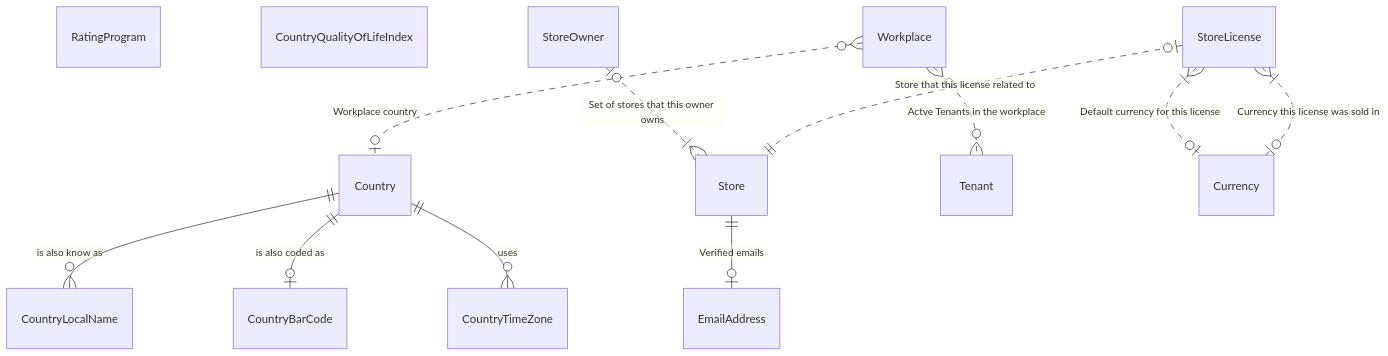
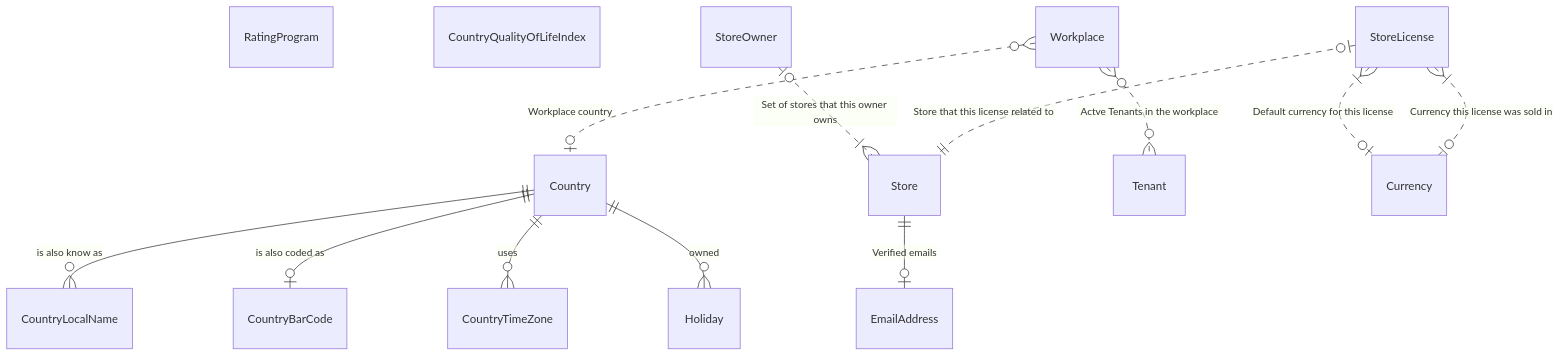
Before and after one commit to NoxOrg/Nox: the diagram in src/Nox.ClientApi.Tests/.nox/docs/README.md, drawn with Mermaid. The commit also changed other lines of this file and 45 other files, not shown here.

````diff
--- a/src/Nox.ClientApi.Tests/.nox/docs/README.md
+++ b/src/Nox.ClientApi.Tests/.nox/docs/README.md
@@ -11,40 +11,43 @@
 ``` mermaid
 erDiagram
     Country {
     }
     Country||--o{CountryLocalName : "is also know as"
     Country||--o|CountryBarCode : "is also coded as"
     Country||--o{CountryTimeZone : "uses"
+    Country||--o{Holiday : "owned"
     CountryLocalName {
     }
     CountryBarCode {
     }
     RatingProgram {
     }
     CountryQualityOfLifeIndex {
     }
     Store {
     }
     Store||--o|EmailAddress : "Verified emails"
     Workplace {
     }
     Workplace}o..o|Country : "Workplace country"
     Workplace}o..o{Tenant : "Actve Tenants in the workplace"
     StoreOwner {
     }
     StoreOwner|o..|{Store : "Set of stores that this owner owns"
     StoreLicense {
     }
     StoreLicense|o..||Store : "Store that this license related to"
     StoreLicense}|..o|Currency : "Default currency for this license"
     StoreLicense}|..o|Currency : "Currency this license was sold in"
     Currency {
     }
     Tenant {
     }
     CountryTimeZone {
     }
+    Holiday {
+    }
     EmailAddress {
     }
 
 ```
````
